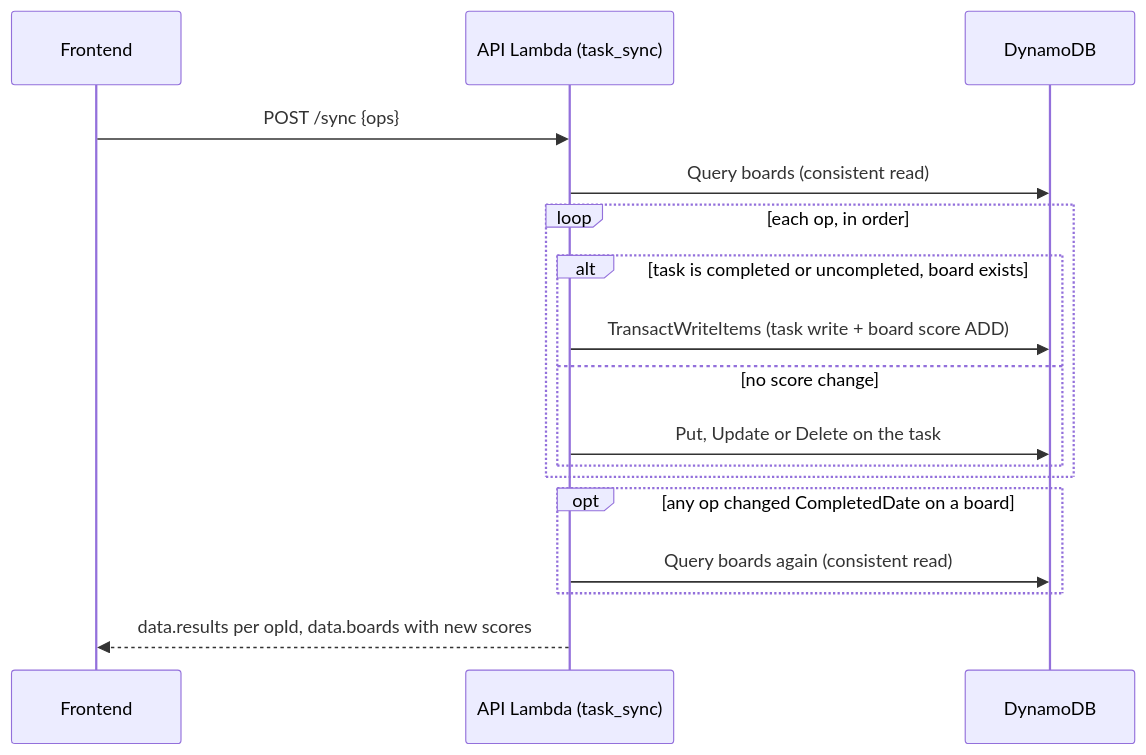
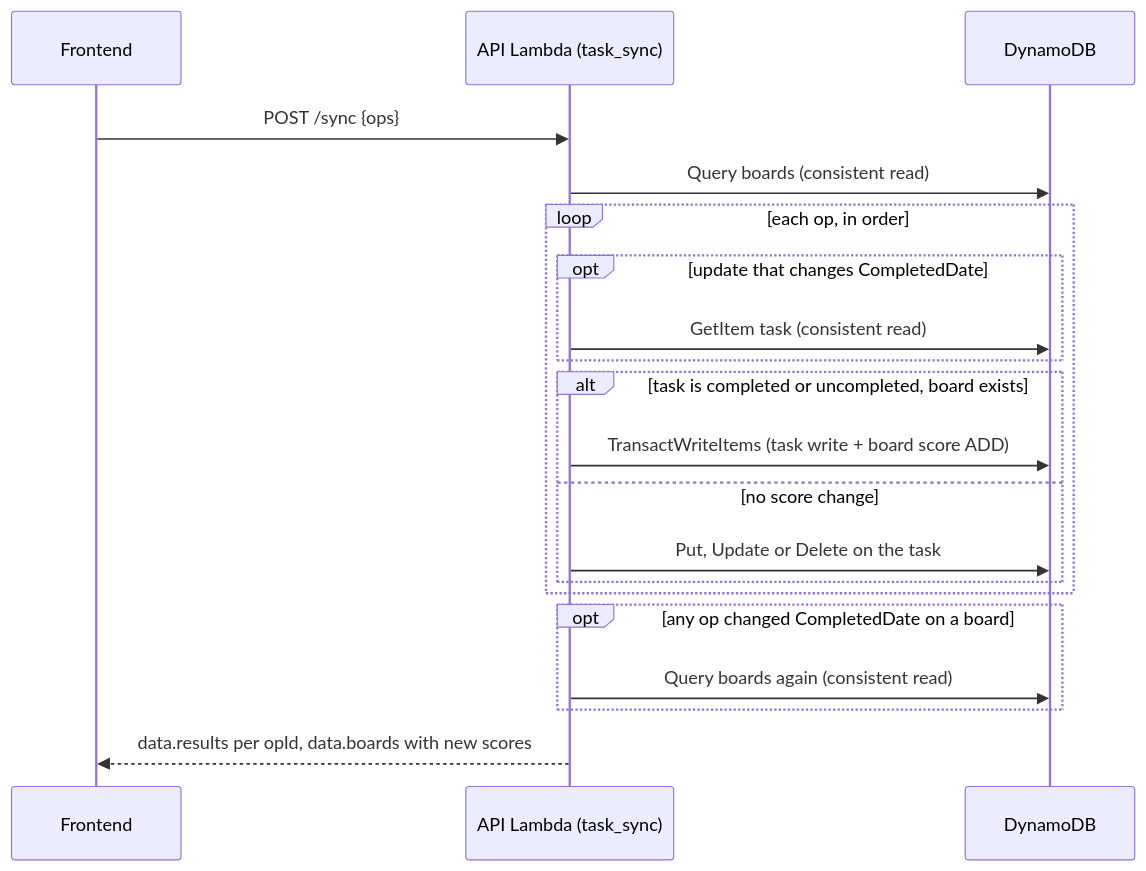
The third of 7 diagrams in ARCHITECTURE.md (TomBenjaminMorris/listpal-backend), drawn with Mermaid before and after one commit. The commit also changed other lines of this file and 2 other files, not shown here.

Commit message:
/sync: one conditional write for updates that don't touch completion
updateTask read every task before writing it, but only completion
changes need the current task (to work out scores). Other updates are
now a single UpdateItem conditioned on attribute_exists(SK), so a
deleted task still reports gone and can't come back as a partial item.
A 30-task category rename drops from 61 DynamoDB calls to 31.

````diff
--- a/ARCHITECTURE.md
+++ b/ARCHITECTURE.md
@@ -160,20 +160,23 @@
 ```mermaid
 sequenceDiagram
     participant F as Frontend
     participant A as API Lambda (task_sync)
     participant D as DynamoDB
 
     F->>A: POST /sync {ops}
     A->>D: Query boards (consistent read)
     loop each op, in order
+        opt update that changes CompletedDate
+            A->>D: GetItem task (consistent read)
+        end
         alt task is completed or uncompleted, board exists
             A->>D: TransactWriteItems (task write + board score ADD)
         else no score change
             A->>D: Put, Update or Delete on the task
         end
     end
     opt any op changed CompletedDate on a board
         A->>D: Query boards again (consistent read)
     end
     A-->>F: data.results per opId, data.boards with new scores
 ```
````
